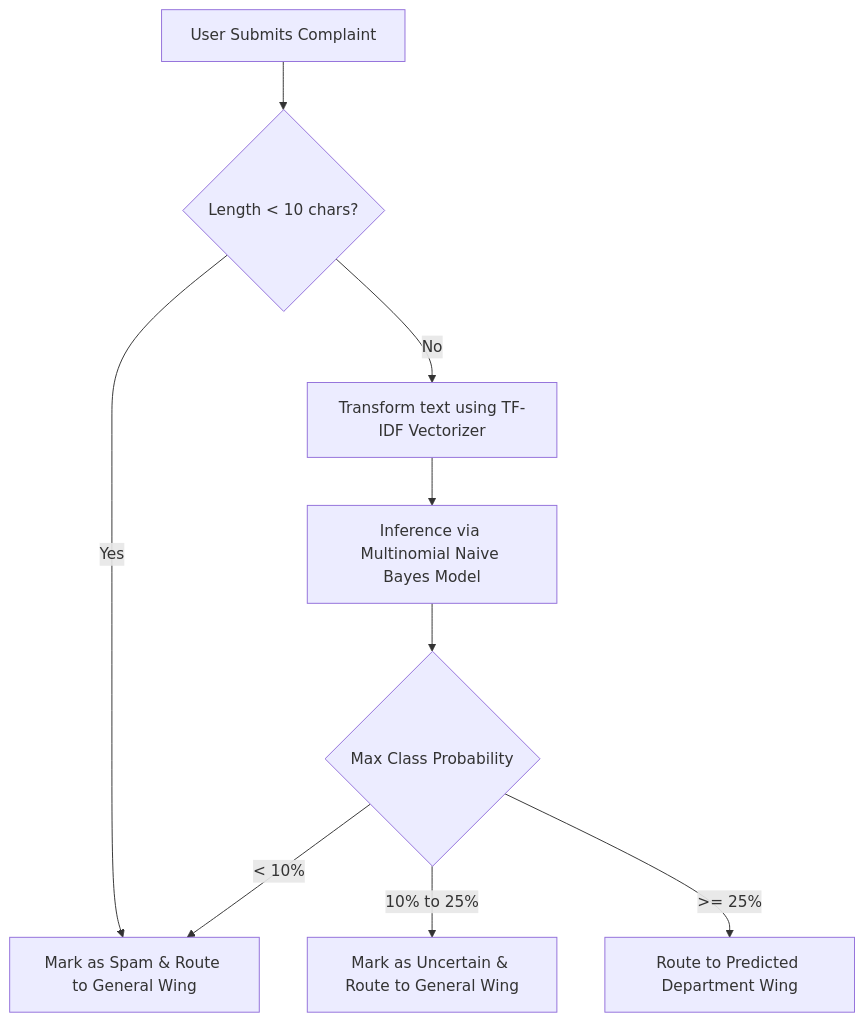
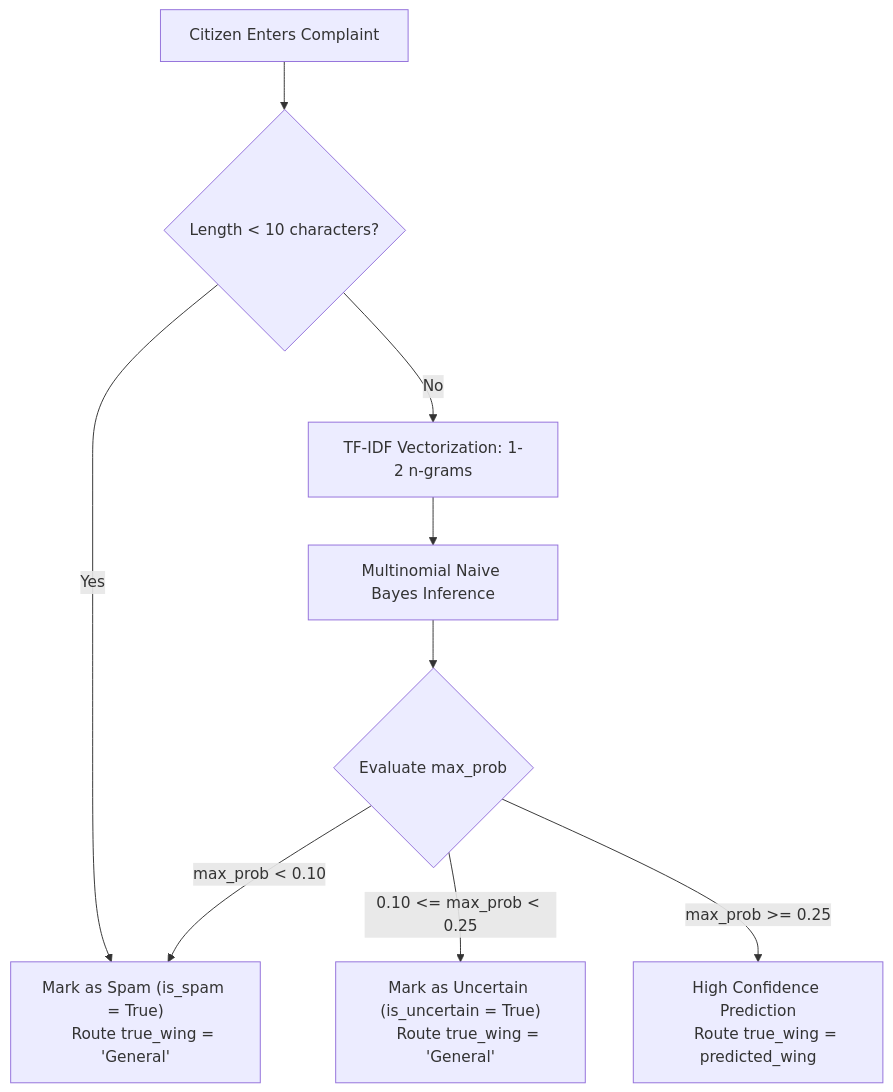
One commit to MukundXplore/Civic-Resolve-Intelligent-Complaint-Routing changed the second of 3 diagrams in README.md. Above: the diagram before and after it, drawn with Mermaid. The commit also changed other lines of this file, not shown here.

````diff
--- a/README.md
+++ b/README.md
@@ -24,11 +130,14 @@
 ```mermaid
 graph TD
-    A[User Submits Complaint] --> B{Length < 10 chars?}
-    B -- Yes --> C[Mark as Spam & Route to General Wing]
-    B -- No --> D[Transform text using TF-IDF Vectorizer]
-    D --> E[Inference via Multinomial Naive Bayes Model]
-    E --> F{Max Class Probability}
-    F -- "< 10%" --> C
-    F -- "10% to 25%" --> G[Mark as Uncertain & Route to General Wing]
-    F -- ">= 25%" --> H[Route to Predicted Department Wing]
+    A[Citizen Enters Complaint] --> B{Length < 10 characters?}
+    B -- Yes --> C["Mark as Spam (is_spam = True)
+    Route true_wing = 'General'"]
+    B -- No --> D[TF-IDF Vectorization: 1-2 n-grams]
+    D --> E[Multinomial Naive Bayes Inference]
+    E --> F{Evaluate max_prob}
+    F -- "max_prob < 0.10" --> C
+    F -- "0.10 <= max_prob < 0.25" --> G["Mark as Uncertain (is_uncertain = True)
+    Route true_wing = 'General'"]
+    F -- "max_prob >= 0.25" --> H["High Confidence Prediction
+    Route true_wing = predicted_wing"]
 ```
````
